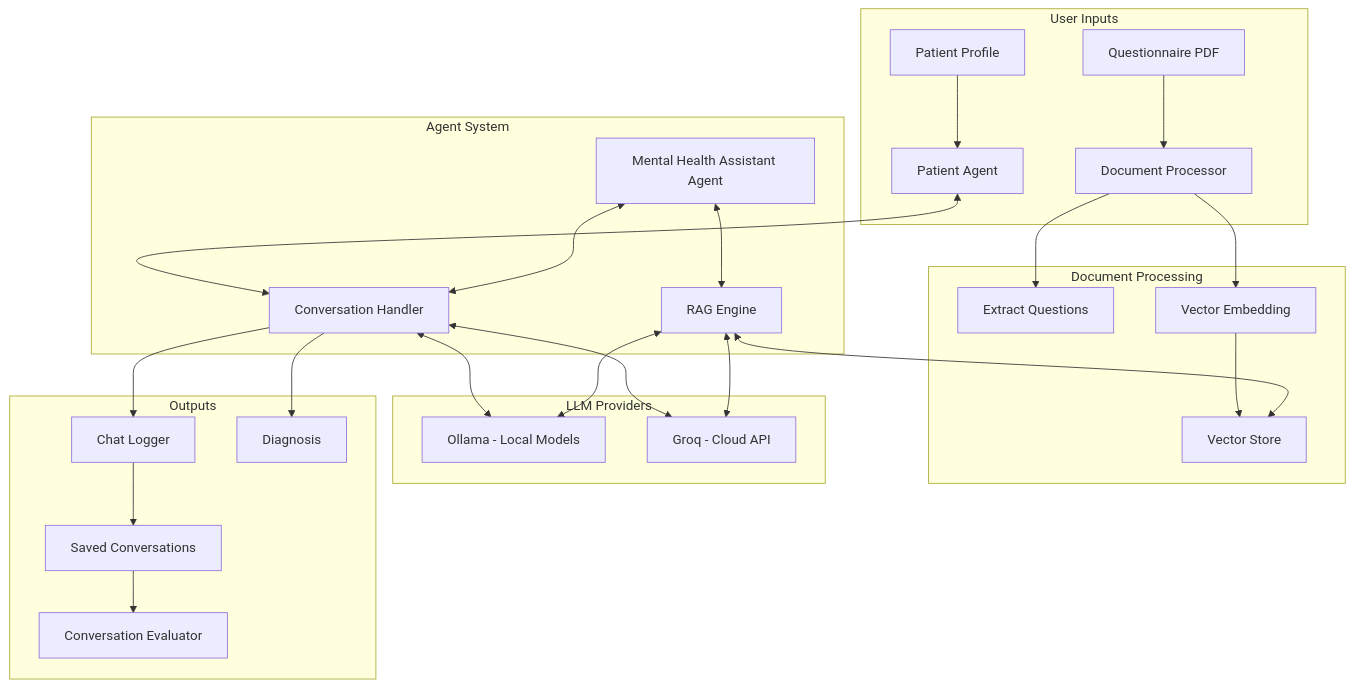
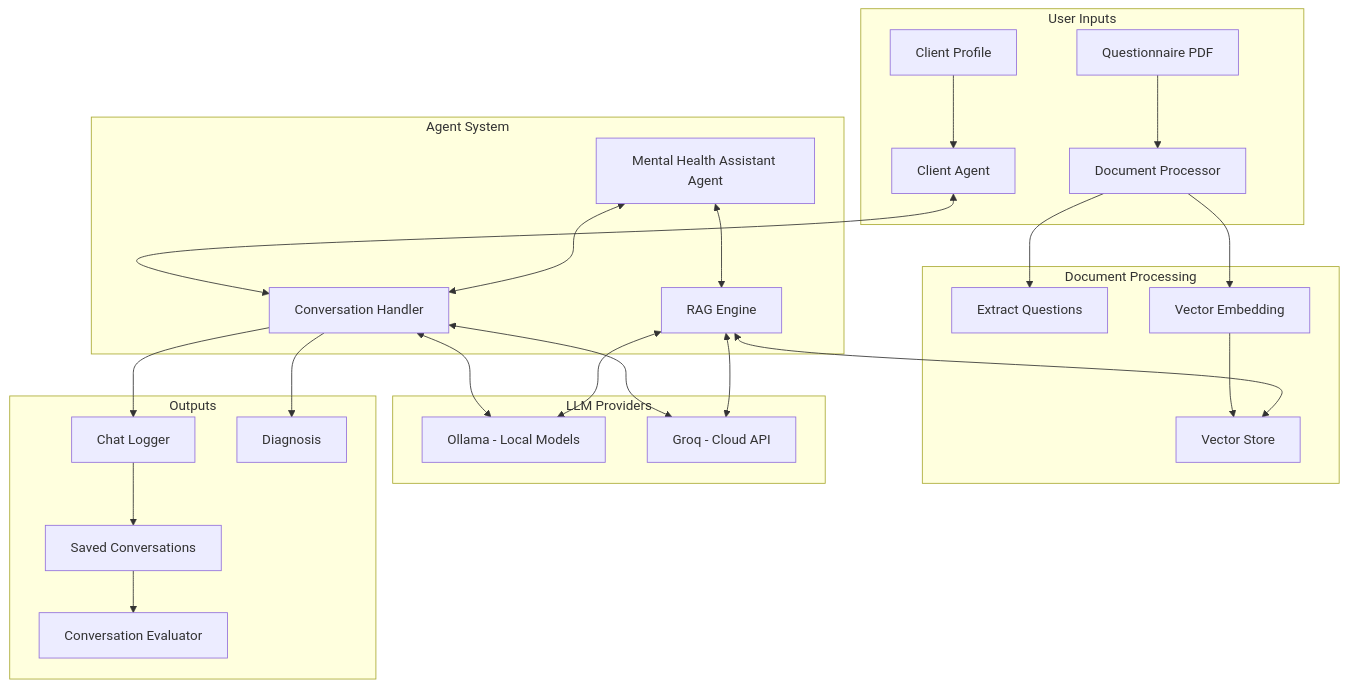
Before and after one commit to mithatco/mental_health_multiagent: the diagram in README.md, drawn with Mermaid. The commit also changed other lines of this file and 19 other files, not shown here.

````diff
--- a/README.md
+++ b/README.md
@@ -42,34 +43,34 @@
 ```mermaid
 graph TD
     subgraph "User Inputs"
         A[Questionnaire PDF] --> D
-        B[Patient Profile] --> E
+        B[Client Profile] --> E
     end
 
     subgraph "Document Processing"
         D[Document Processor] --> D1[Extract Questions]
         D[Document Processor] --> D2[Vector Embedding]
         D2 --> V[Vector Store]
     end
 
     subgraph "Agent System"
-        E[Patient Agent] <--> F[Conversation Handler]
+        E[Client Agent] <--> F[Conversation Handler]
         G[Mental Health Assistant Agent] <--> F
         G <--> R[RAG Engine]
         R <--> V
     end
 
     subgraph "LLM Providers"
         F <--> O[Ollama - Local Models]
         F <--> GR[Groq - Cloud API]
         R <--> O
         R <--> GR
     end
 
     subgraph "Outputs"
         F --> L[Chat Logger]
         F --> I[Diagnosis]
         L --> S[Saved Conversations]
         S --> EV[Conversation Evaluator]
     end
 ```
````
